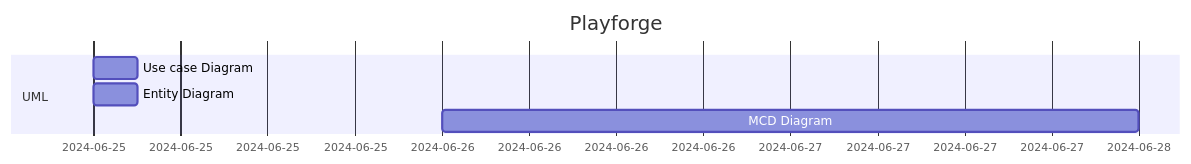
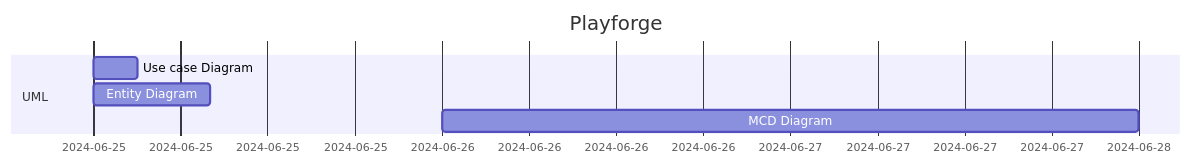
One commit to JameS-Gmz/api-Rest changed the first of 3 diagrams in README.md. Above: the diagram before and after it, drawn with Mermaid.

````diff
--- a/README.md
+++ b/README.md
@@ -45,9 +45,9 @@
 ```mermaid
 gantt
     title Playforge
     dateFormat MM-DD
     section UML
         Use case Diagram    : 06-25, 3h
-        Entity Diagram    : 06-25, 3h
+        Entity Diagram    : 06-25, 8h
         MCD Diagram    : 06-26, 2d
 ```
````
